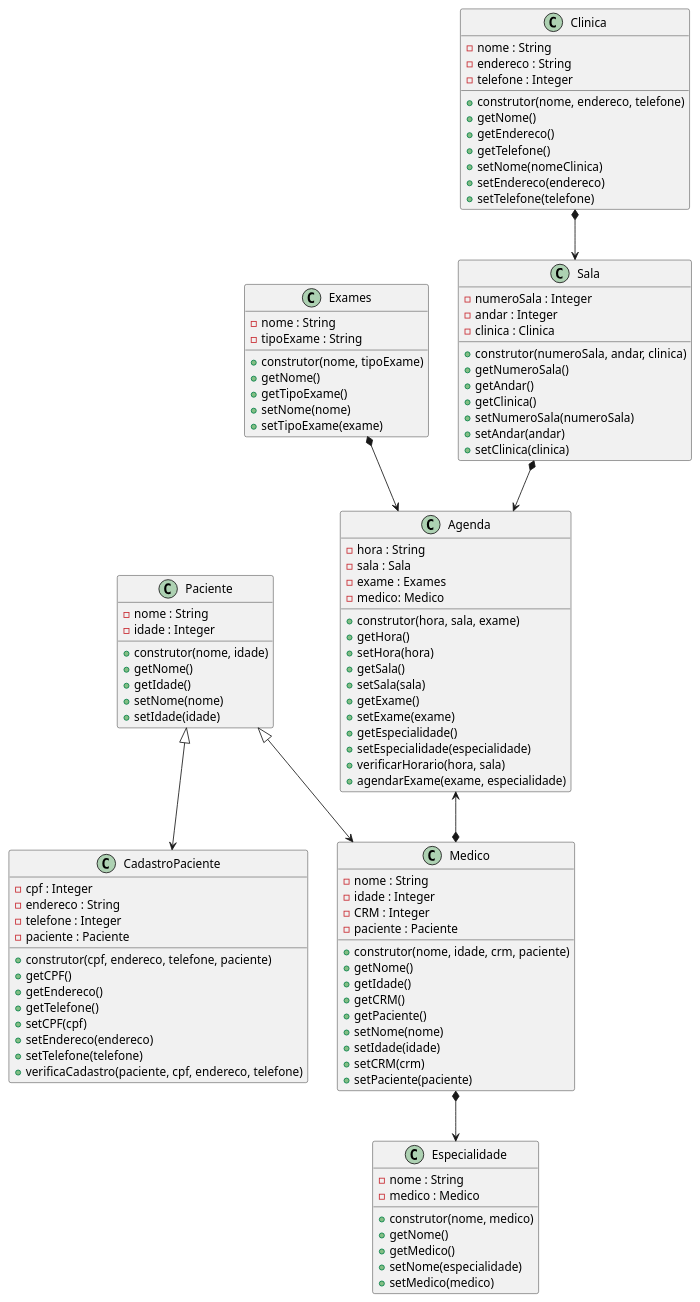
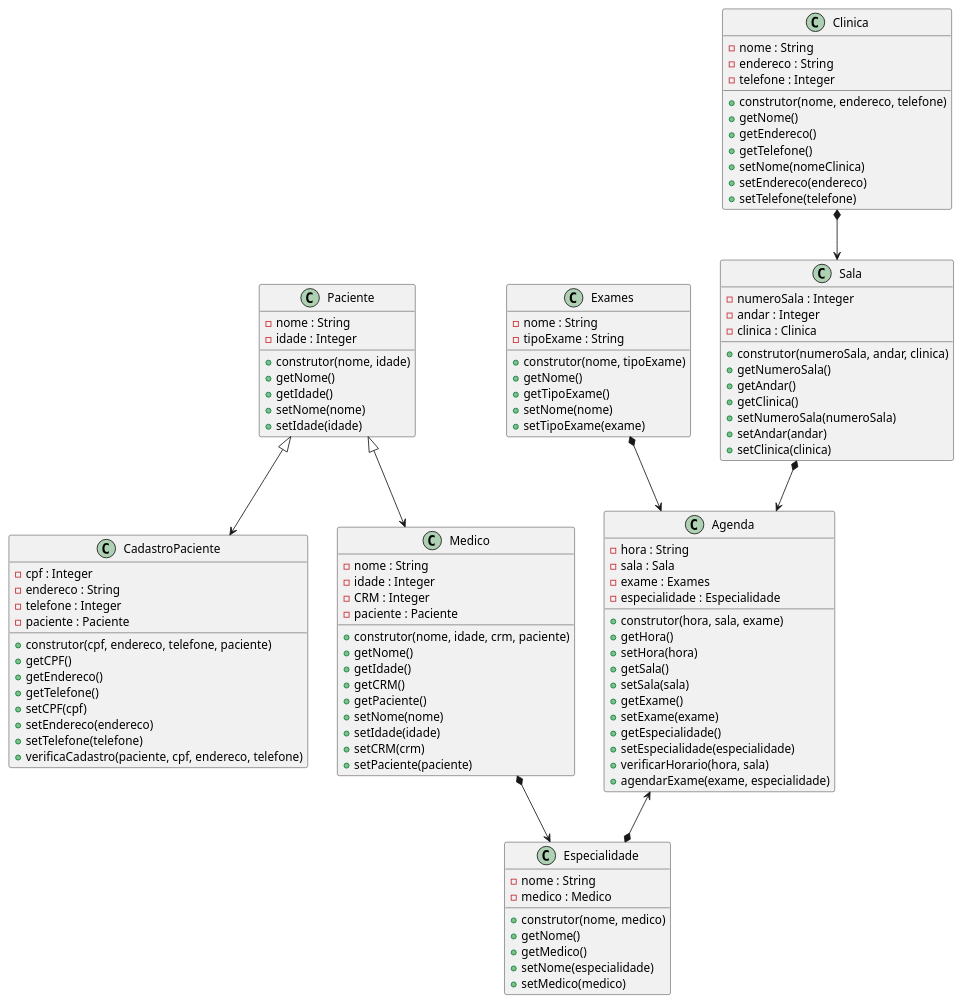
One commit to anleaes/2022-1-N2-POO-03 changed the diagram in diagrama.plantuml. Above: the diagram before and after it, drawn with PlantUML.

Commit message:
trocado atributo medico por especialidade

```diff
--- a/diagrama.plantuml
+++ b/diagrama.plantuml
@@ -1,116 +1,116 @@
 @startuml Gerenciamento de Exames Medicos
 
     class Agenda{
         - hora : String
         - sala : Sala
         - exame : Exames
-        - medico: Medico
+        - especialidade : Especialidade
         + construtor(hora, sala, exame)
         + getHora()
         + setHora(hora)
         + getSala()
         + setSala(sala)
         + getExame()
         + setExame(exame)
         + getEspecialidade()
         + setEspecialidade(especialidade)
         + verificarHorario(hora, sala)
         + agendarExame(exame, especialidade)
     }
 
     class Paciente{
         - nome : String
         - idade : Integer
         + construtor(nome, idade)
         + getNome()
         + getIdade()
         + setNome(nome)
         + setIdade(idade)
     }
 
     class CadastroPaciente{
         - cpf : Integer
         - endereco : String
         - telefone : Integer
         - paciente : Paciente
         + construtor(cpf, endereco, telefone, paciente)
         + getCPF()
         + getEndereco()
         + getTelefone()
         + setCPF(cpf)
         + setEndereco(endereco)
         + setTelefone(telefone)
         + verificaCadastro(paciente, cpf, endereco, telefone)
     }
 
     class Medico{
         - nome : String
         - idade : Integer
         - CRM : Integer
         - paciente : Paciente
         + construtor(nome, idade, crm, paciente)
         + getNome()
         + getIdade()
         + getCRM()
         + getPaciente()
         + setNome(nome)
         + setIdade(idade)
         + setCRM(crm)
         + setPaciente(paciente)
     }
 
     class Exames{
         - nome : String
         - tipoExame : String
         + construtor(nome, tipoExame)
         + getNome()
         + getTipoExame()
         + setNome(nome)
         + setTipoExame(exame)
     }
 
     class Especialidade{
         - nome : String
         - medico : Medico
         + construtor(nome, medico)
         + getNome()
         + getMedico()
         + setNome(especialidade)
         + setMedico(medico)
     }
 
     class Clinica{
         - nome : String
         - endereco : String
         - telefone : Integer
         + construtor(nome, endereco, telefone)
         + getNome()
         + getEndereco()
         + getTelefone()
         + setNome(nomeClinica)
         + setEndereco(endereco)
         + setTelefone(telefone)
     }
 
     class Sala{
         - numeroSala : Integer
         - andar : Integer
         - clinica : Clinica
         + construtor(numeroSala, andar, clinica)
         + getNumeroSala()
         + getAndar()
         + getClinica()
         + setNumeroSala(numeroSala)
         + setAndar(andar)
         + setClinica(clinica)
     }
 
     Paciente <|--> CadastroPaciente
     Paciente <|--> Medico
     Medico *--> Especialidade
     Exames *--> Agenda
     Sala *--> Agenda
-    Agenda <--* Medico
+    Agenda <--* Especialidade
     Clinica *--> Sala
 
 @enduml
```
